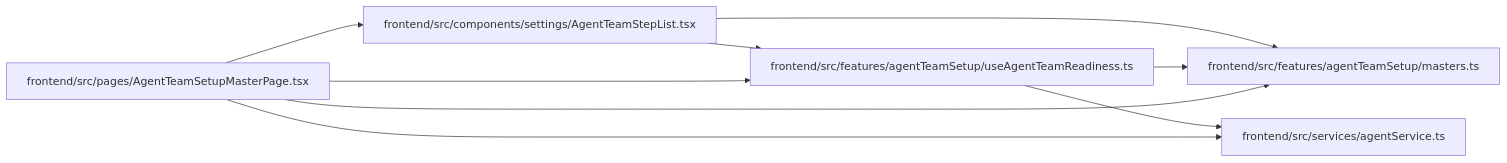
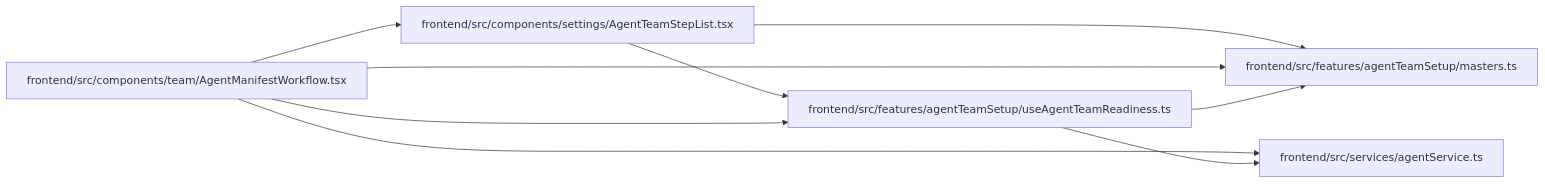
Before and after one commit to Denissvgn/WorkChord: the diagram in docs/llm_wiki/modules/useAgentTeamReadiness.md, drawn with Mermaid. The commit also changed other lines of this file and 2373 other files, not shown here.

````diff
--- a/docs/llm_wiki/modules/useAgentTeamReadiness.md
+++ b/docs/llm_wiki/modules/useAgentTeamReadiness.md
@@ -28,21 +28,21 @@
 ```mermaid
 flowchart LR
     n0["frontend/src/components/settings/AgentTeamStepList.tsx"]
-    n1["frontend/src/features/agentTeamSetup/masters.ts"]
-    n2["frontend/src/features/agentTeamSetup/useAgentTeamReadiness.ts"]
-    n3["frontend/src/pages/AgentTeamSetupMasterPage.tsx"]
+    n1["frontend/src/components/team/AgentManifestWorkflow.tsx"]
+    n2["frontend/src/features/agentTeamSetup/masters.ts"]
+    n3["frontend/src/features/agentTeamSetup/useAgentTeamReadiness.ts"]
     n4["frontend/src/services/agentService.ts"]
-    n0 --> n1
     n0 --> n2
-    n2 --> n1
-    n2 --> n4
-    n3 --> n0
-    n3 --> n1
+    n0 --> n3
+    n1 --> n0
+    n1 --> n2
+    n1 --> n3
+    n1 --> n4
     n3 --> n2
     n3 --> n4
     click n0 "../modules/AgentTeamStepList.md"
-    click n1 "../modules/agentTeamSetup_masters.md"
-    click n2 "../modules/useAgentTeamReadiness.md"
-    click n3 "../modules/AgentTeamSetupMasterPage.md"
+    click n1 "../modules/AgentManifestWorkflow.md"
+    click n2 "../modules/agentTeamSetup_masters.md"
+    click n3 "../modules/useAgentTeamReadiness.md"
     click n4 "../modules/agentService.md"
 ```
````
